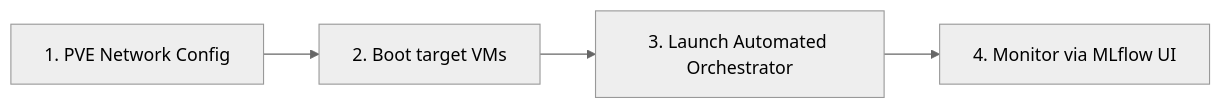
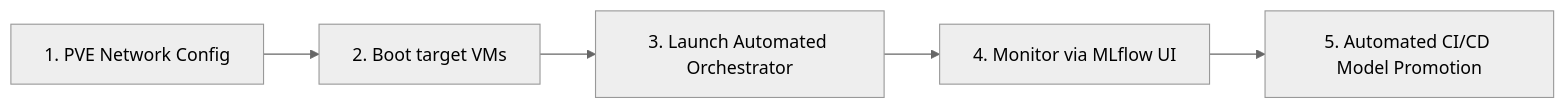
The eighth of 8 diagrams in docs/03_deployment.md (rhaffle87/fl-cl), drawn with Mermaid (neutral theme) before and after one commit. The commit also changed other lines of this file and 89 other files, not shown here.

````diff
--- a/docs/03_deployment.md
+++ b/docs/03_deployment.md
@@ -637,6 +668,7 @@
 ```mermaid
 flowchart LR
     PVE["1. PVE Network Config"] --> VMs["2. Boot target VMs"]
     VMs --> Orch["3. Launch Automated Orchestrator"]
     Orch --> MLflow["4. Monitor via MLflow UI"]
+    MLflow --> Promote["5. Automated CI/CD Model Promotion"]
 ```
````
